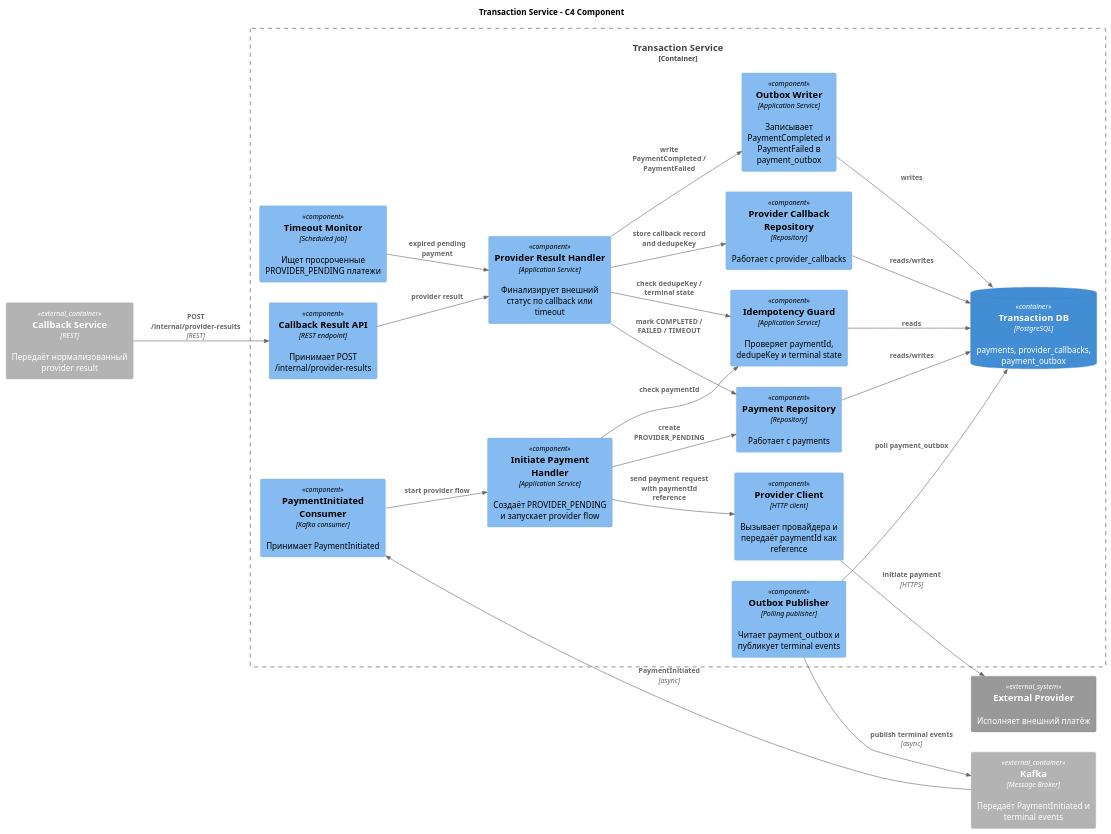
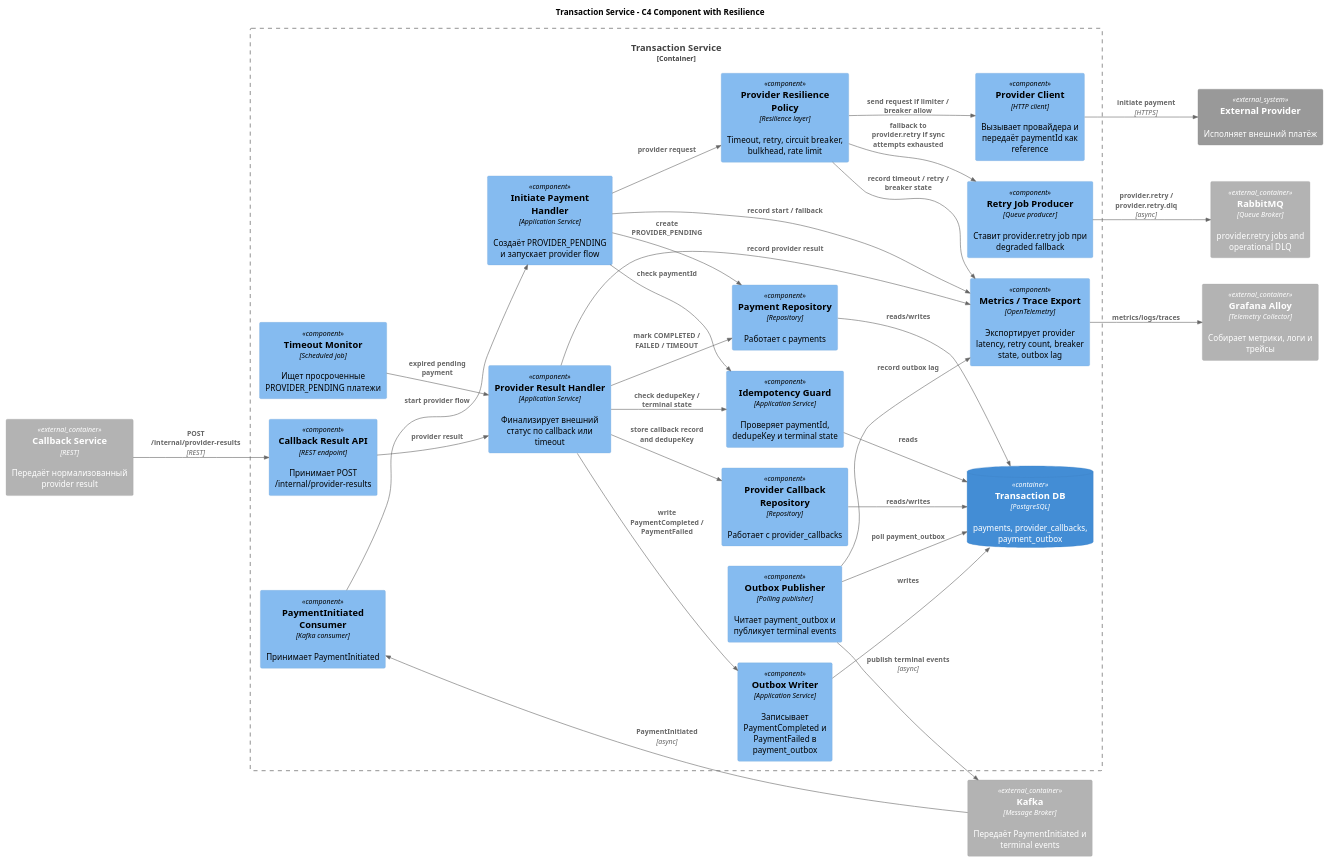
The diagram in system-design/architecture/diagrams/transaction-components.puml (ZobovPA/sdia), drawn with PlantUML before and after one commit. The commit also changed 9 other files, not shown here.

```diff
--- a/system-design/architecture/diagrams/transaction-components.puml
+++ b/system-design/architecture/diagrams/transaction-components.puml
@@ -1,49 +1,63 @@
 @startuml
 !include https://raw.githubusercontent.com/plantuml-stdlib/C4-PlantUML/master/C4_Component.puml
 LAYOUT_LEFT_RIGHT()
 
-title Transaction Service - C4 Component
+title Transaction Service - C4 Component with Resilience
 
 Container_Ext(kafka, "Kafka", "Message Broker", "Передаёт PaymentInitiated и terminal events")
+Container_Ext(rabbitmq, "RabbitMQ", "Queue Broker", "provider.retry jobs and operational DLQ")
 System_Ext(provider, "External Provider", "Исполняет внешний платёж")
 Container_Ext(callbackServiceExt, "Callback Service", "REST", "Передаёт нормализованный provider result")
+Container_Ext(alloy, "Grafana Alloy", "Telemetry Collector", "Собирает метрики, логи и трейсы")
 
 Container_Boundary(transactionBoundary, "Transaction Service") {
   Component(initiatedConsumer, "PaymentInitiated Consumer", "Kafka consumer", "Принимает PaymentInitiated")
   Component(initiateHandler, "Initiate Payment Handler", "Application Service", "Создаёт PROVIDER_PENDING и запускает provider flow")
+  Component(providerPolicy, "Provider Resilience Policy", "Resilience layer", "Timeout, retry, circuit breaker, bulkhead, rate limit")
   Component(providerClient, "Provider Client", "HTTP client", "Вызывает провайдера и передаёт paymentId как reference")
+  Component(retryJobProducer, "Retry Job Producer", "Queue producer", "Ставит provider.retry job при degraded fallback")
   Component(callbackApi, "Callback Result API", "REST endpoint", "Принимает POST /internal/provider-results")
   Component(providerResultHandler, "Provider Result Handler", "Application Service", "Финализирует внешний статус по callback или timeout")
   Component(timeoutMonitor, "Timeout Monitor", "Scheduled job", "Ищет просроченные PROVIDER_PENDING платежи")
   Component(txIdempotency, "Idempotency Guard", "Application Service", "Проверяет paymentId, dedupeKey и terminal state")
   Component(paymentRepo, "Payment Repository", "Repository", "Работает с payments")
   Component(callbackRepo, "Provider Callback Repository", "Repository", "Работает с provider_callbacks")
   Component(outboxWriter, "Outbox Writer", "Application Service", "Записывает PaymentCompleted и PaymentFailed в payment_outbox")
   Component(outboxPublisher, "Outbox Publisher", "Polling publisher", "Читает payment_outbox и публикует terminal events")
+  Component(metrics, "Metrics / Trace Export", "OpenTelemetry", "Экспортирует provider latency, retry count, breaker state, outbox lag")
   ContainerDb(transactionDb, "Transaction DB", "PostgreSQL", "payments, provider_callbacks, payment_outbox")
 }
 
 Rel(kafka, initiatedConsumer, "PaymentInitiated", "async")
 Rel(initiatedConsumer, initiateHandler, "start provider flow")
 Rel(initiateHandler, txIdempotency, "check paymentId")
 Rel(initiateHandler, paymentRepo, "create PROVIDER_PENDING")
-Rel(initiateHandler, providerClient, "send payment request with paymentId reference")
+Rel(initiateHandler, providerPolicy, "provider request")
+Rel(providerPolicy, providerClient, "send request if limiter / breaker allow")
+Rel(providerPolicy, retryJobProducer, "fallback to provider.retry if sync attempts exhausted")
 Rel(providerClient, provider, "initiate payment", "HTTPS")
+Rel(retryJobProducer, rabbitmq, "provider.retry / provider.retry.dlq", "async")
 
 Rel(callbackServiceExt, callbackApi, "POST /internal/provider-results", "REST")
 Rel(callbackApi, providerResultHandler, "provider result")
 Rel(timeoutMonitor, providerResultHandler, "expired pending payment")
 
 Rel(providerResultHandler, txIdempotency, "check dedupeKey / terminal state")
 Rel(providerResultHandler, callbackRepo, "store callback record and dedupeKey")
 Rel(providerResultHandler, paymentRepo, "mark COMPLETED / FAILED / TIMEOUT")
 Rel(providerResultHandler, outboxWriter, "write PaymentCompleted / PaymentFailed")
 
 Rel(txIdempotency, transactionDb, "reads")
 Rel(paymentRepo, transactionDb, "reads/writes")
 Rel(callbackRepo, transactionDb, "reads/writes")
 Rel(outboxWriter, transactionDb, "writes")
 Rel(outboxPublisher, transactionDb, "poll payment_outbox")
 Rel(outboxPublisher, kafka, "publish terminal events", "async")
 
+Rel(initiateHandler, metrics, "record start / fallback")
+Rel(providerPolicy, metrics, "record timeout / retry / breaker state")
+Rel(providerResultHandler, metrics, "record provider result")
+Rel(outboxPublisher, metrics, "record outbox lag")
+Rel(metrics, alloy, "metrics/logs/traces")
+
 @enduml
```
